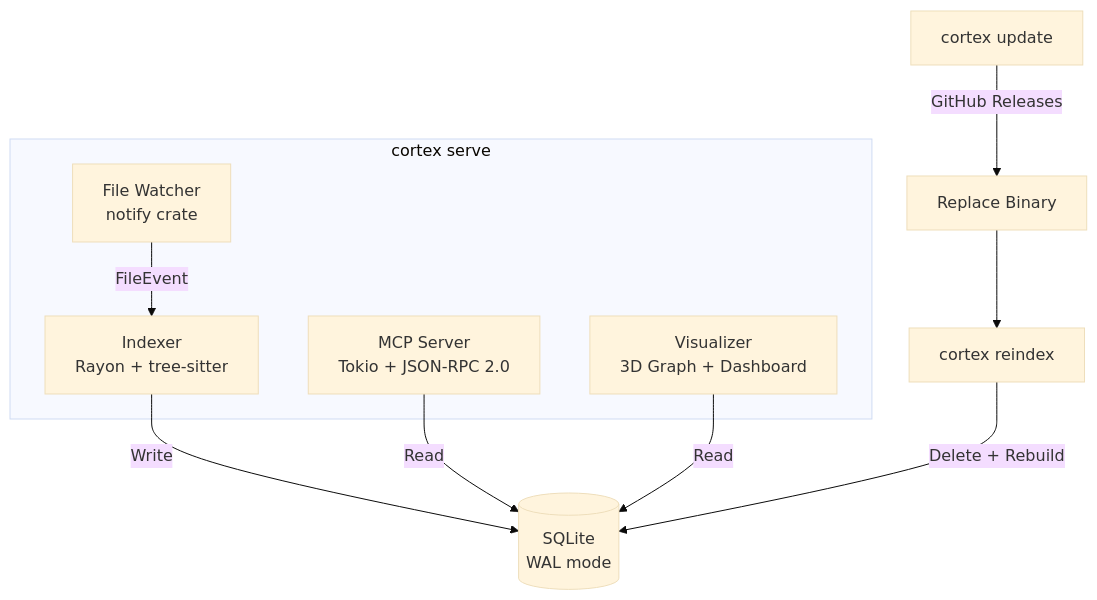
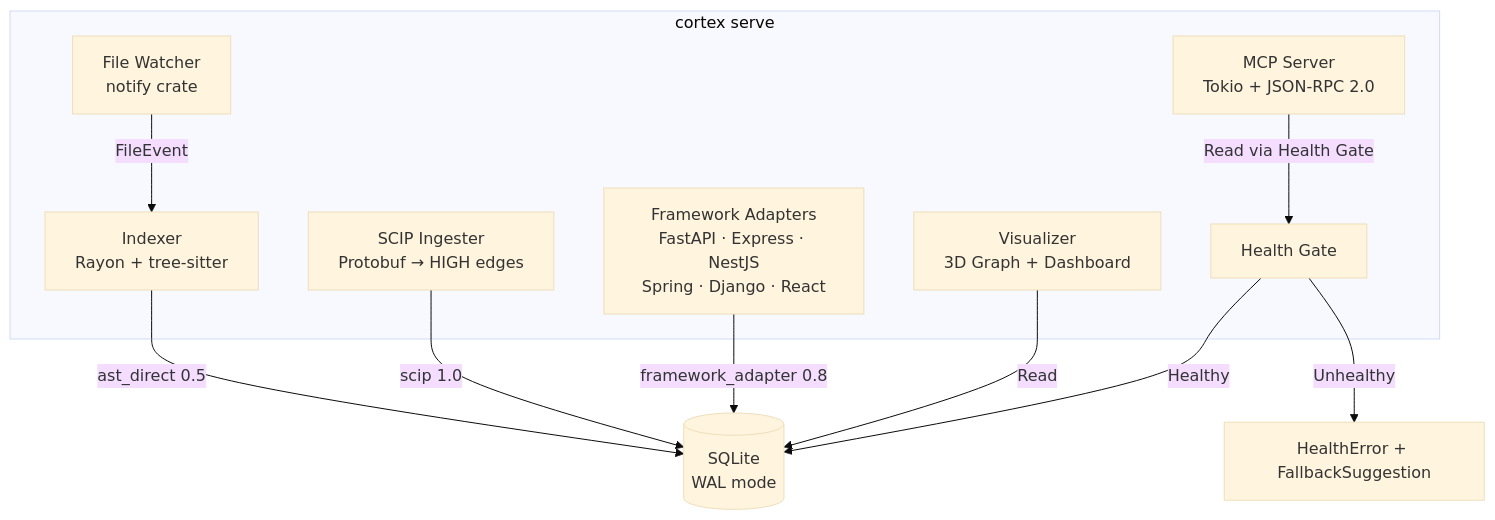
Before and after one commit to 1337Xcode/cortex: the first of 6 diagrams in docs/architecture.md, drawn with Mermaid (base theme). The commit also changed other lines of this file and 81 other files, not shown here.

Commit message:
feat: v1.1.0 - SCIP ingestion, confidence edges, framework adapters, health gate, token savings baseline, repo brief

````diff
--- a/docs/architecture.md
+++ b/docs/architecture.md
@@ -15,20 +15,23 @@
 ```mermaid
 graph TD
     subgraph "cortex serve"
         Indexer[Indexer<br/>Rayon + tree-sitter]
+        SCIP[SCIP Ingester<br/>Protobuf → HIGH edges]
+        FA[Framework Adapters<br/>FastAPI · Express · NestJS<br/>Spring · Django · React]
         Watcher[File Watcher<br/>notify crate]
         MCP[MCP Server<br/>Tokio + JSON-RPC 2.0]
         Viz[Visualizer<br/>3D Graph + Dashboard]
+        HG[Health Gate]
     end
 
     DB[(SQLite<br/>WAL mode)]
 
     Watcher -->|FileEvent| Indexer
-    Indexer -->|Write| DB
-    MCP -->|Read| DB
+    Indexer -->|ast_direct 0.5| DB
+    SCIP -->|scip 1.0| DB
+    FA -->|framework_adapter 0.8| DB
+    MCP -->|Read via Health Gate| HG
+    HG -->|Healthy| DB
+    HG -->|Unhealthy| Err[HealthError + FallbackSuggestion]
     Viz -->|Read| DB
-
-    Update[cortex update] -->|GitHub Releases| Replace[Replace Binary]
-    Replace --> Reindex[cortex reindex]
-    Reindex -->|Delete + Rebuild| DB
 ```
````
